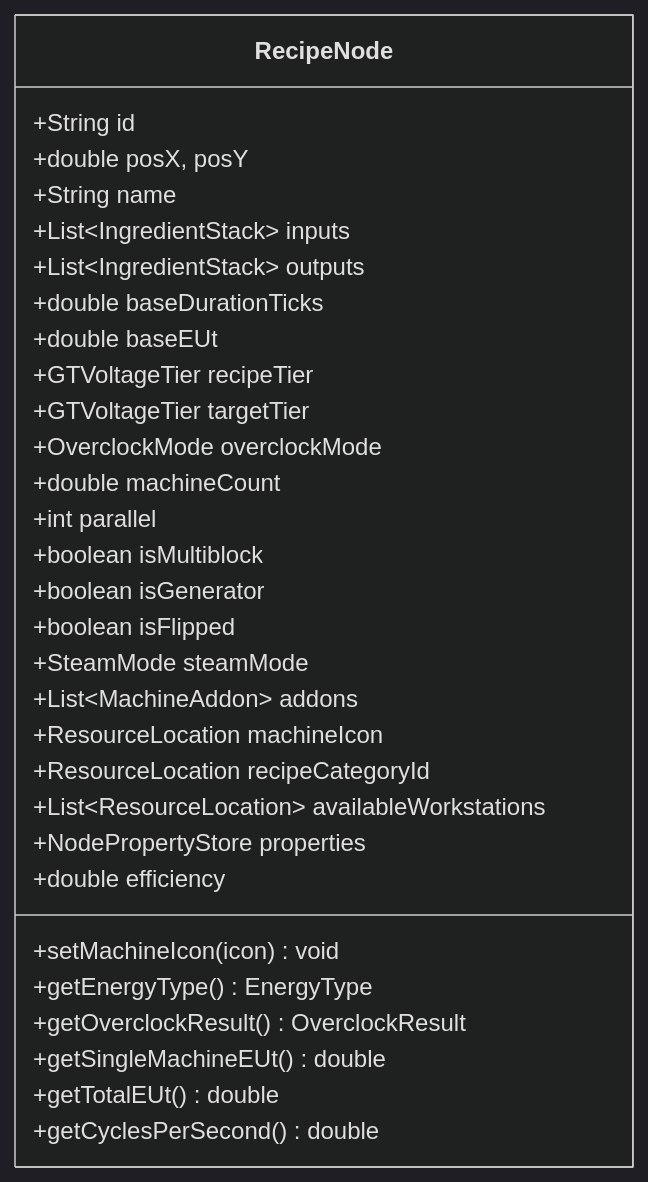
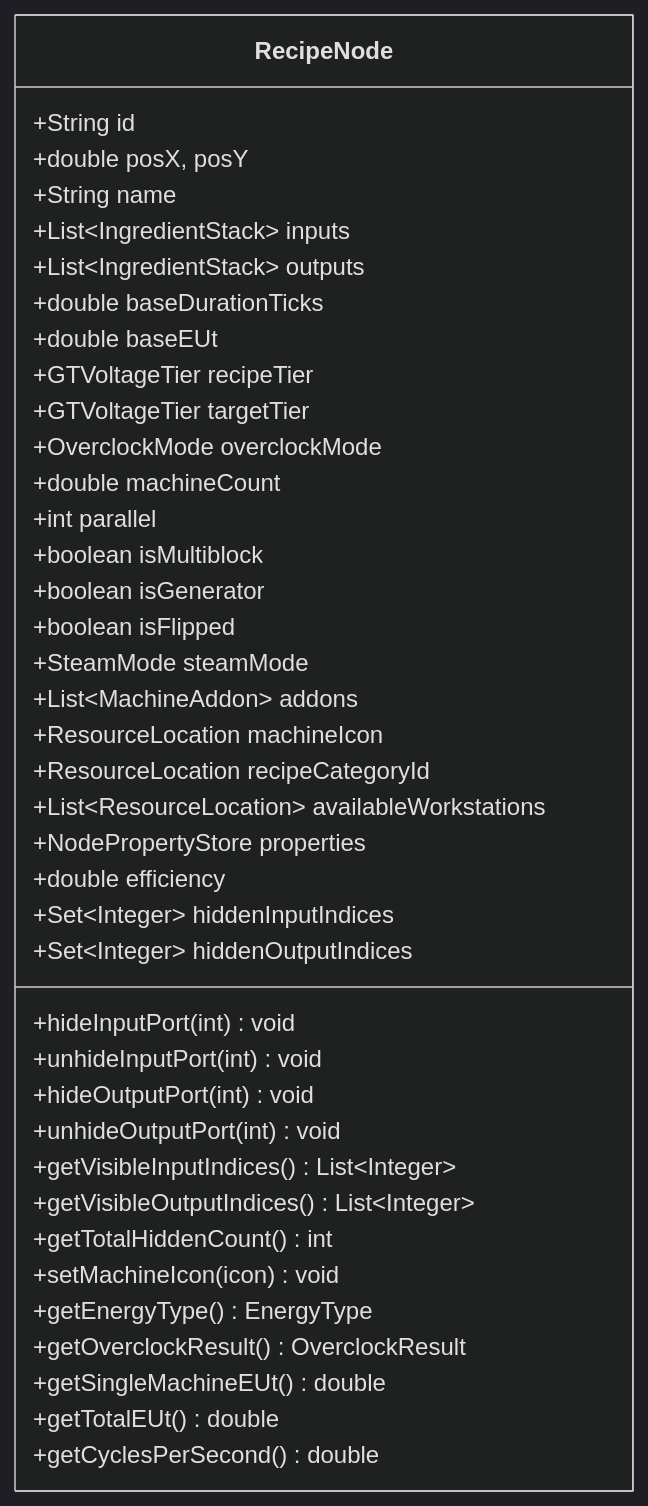
One commit to Amvermain/GregTechCalculatorBoard changed the first of 3 diagrams in docs/en_us/spec/01_CORE_DOMAIN_AND_MODELS.md. Above: the diagram before and after it, drawn with Mermaid (dark theme). The commit also changed other lines of this file and 33 other files, not shown here.

````diff
--- a/docs/en_us/spec/01_CORE_DOMAIN_AND_MODELS.md
+++ b/docs/en_us/spec/01_CORE_DOMAIN_AND_MODELS.md
@@ -52,33 +52,42 @@
 ```mermaid
 classDiagram
     class RecipeNode {
         +String id
         +double posX, posY
         +String name
         +List~IngredientStack~ inputs
         +List~IngredientStack~ outputs
         +double baseDurationTicks
         +double baseEUt
         +GTVoltageTier recipeTier
         +GTVoltageTier targetTier
         +OverclockMode overclockMode
         +double machineCount
         +int parallel
         +boolean isMultiblock
         +boolean isGenerator
         +boolean isFlipped
         +SteamMode steamMode
         +List~MachineAddon~ addons
         +ResourceLocation machineIcon
         +ResourceLocation recipeCategoryId
         +List~ResourceLocation~ availableWorkstations
         +NodePropertyStore properties
         +double efficiency
+        +Set~Integer~ hiddenInputIndices
+        +Set~Integer~ hiddenOutputIndices
+        +hideInputPort(int) void
+        +unhideInputPort(int) void
+        +hideOutputPort(int) void
+        +unhideOutputPort(int) void
+        +getVisibleInputIndices() List~Integer~
+        +getVisibleOutputIndices() List~Integer~
+        +getTotalHiddenCount() int
         +setMachineIcon(icon) void
         +getEnergyType() EnergyType
         +getOverclockResult() OverclockResult
         +getSingleMachineEUt() double
         +getTotalEUt() double
         +getCyclesPerSecond() double
     }
 ```
````
